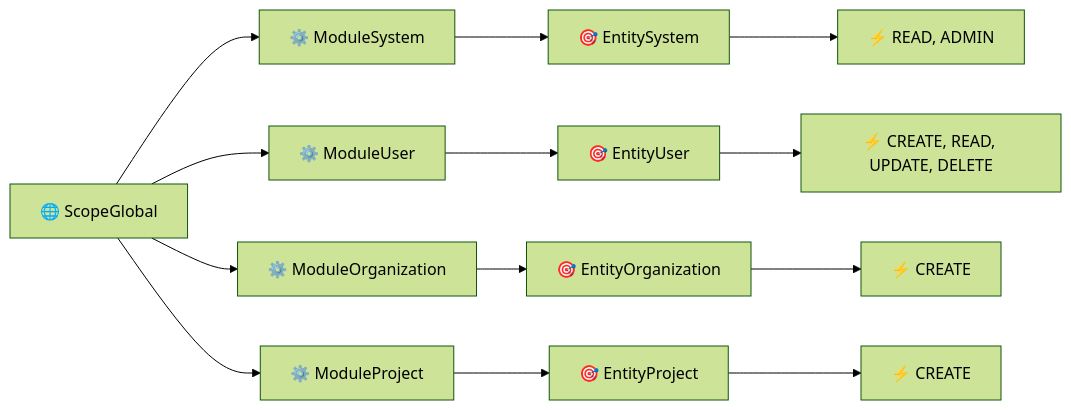
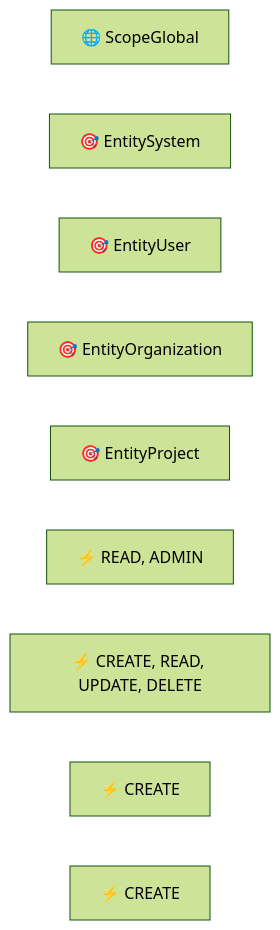
One commit to osmai4603-collab/permissions_youtrack changed the first of 3 diagrams in docs/permissions/scopes_modules_entities_operations_guide.md. Above: the diagram before and after it, drawn with Mermaid (forest theme). The commit also changed other lines of this file and 16 other files, not shown here.

````diff
--- a/docs/permissions/scopes_modules_entities_operations_guide.md
+++ b/docs/permissions/scopes_modules_entities_operations_guide.md
@@ -40,24 +39,16 @@
 ```mermaid
 graph LR
     SCOPE_G["🌐 ScopeGlobal"]
     
-    MOD_SYS["⚙️ ModuleSystem"]
-    MOD_USER["⚙️ ModuleUser"]
-    MOD_ORG["⚙️ ModuleOrganization"]
-    MOD_PROJ["⚙️ ModuleProject"]
     
     ENT_SYS["🎯 EntitySystem"]
     ENT_USER["🎯 EntityUser"]
     ENT_ORG["🎯 EntityOrganization"]
     ENT_PROJ["🎯 EntityProject"]
     
     OPS_SYS["⚡ READ, ADMIN"]
     OPS_USER["⚡ CREATE, READ, UPDATE, DELETE"]
     OPS_ORG["⚡ CREATE"]
     OPS_PROJ["⚡ CREATE"]
     
-    SCOPE_G --> MOD_SYS --> ENT_SYS --> OPS_SYS
-    SCOPE_G --> MOD_USER --> ENT_USER --> OPS_USER
-    SCOPE_G --> MOD_ORG --> ENT_ORG --> OPS_ORG
-    SCOPE_G --> MOD_PROJ --> ENT_PROJ --> OPS_PROJ
 ```
````
